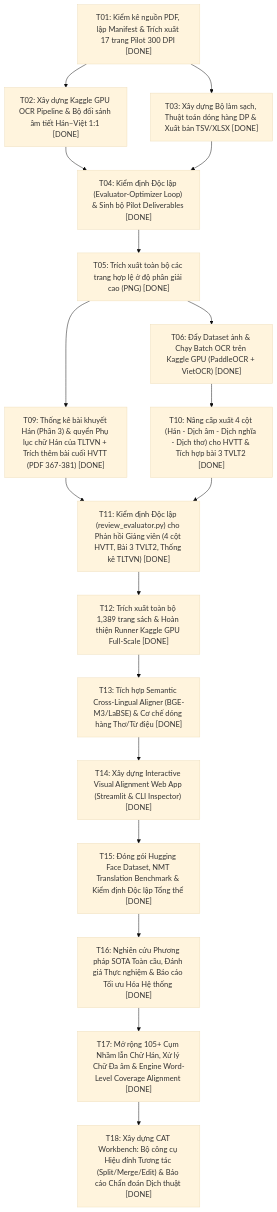
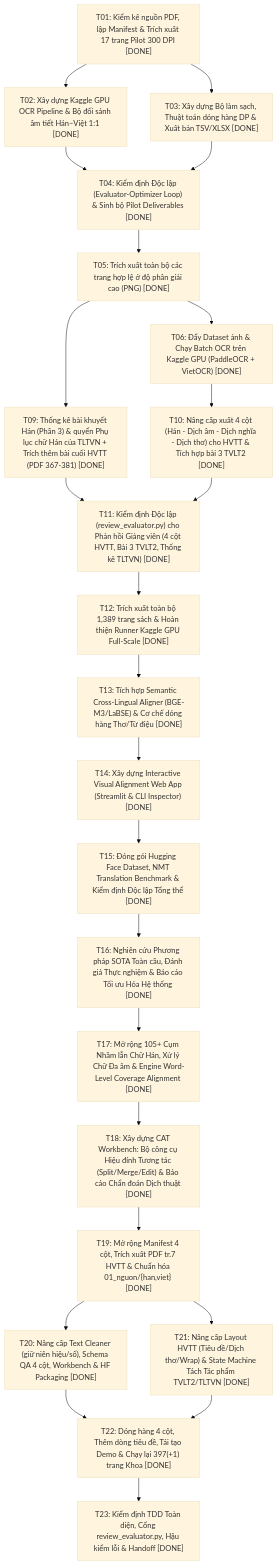
The diagram in docs/WAYFINDER.md (pckhoa206/OCR_NLP), drawn with Mermaid (base theme) before and after one commit. The commit also changed other lines of this file and 955 other files, not shown here.

````diff
--- a/docs/WAYFINDER.md
+++ b/docs/WAYFINDER.md
@@ -8,36 +8,47 @@
 ```mermaid
 flowchart TD
     T01["T01: Kiểm kê nguồn PDF, lập Manifest & Trích xuất 17 trang Pilot 300 DPI [DONE]"]
     T02["T02: Xây dựng Kaggle GPU OCR Pipeline & Bộ đối sánh âm tiết Hán–Việt 1:1 [DONE]"]
     T03["T03: Xây dựng Bộ làm sạch, Thuật toán dóng hàng DP & Xuất bản TSV/XLSX [DONE]"]
     T04["T04: Kiểm định Độc lập (Evaluator-Optimizer Loop) & Sinh bộ Pilot Deliverables [DONE]"]
     T05["T05: Trích xuất toàn bộ các trang hợp lệ ở độ phân giải cao (PNG) [DONE]"]
     T06["T06: Đẩy Dataset ảnh & Chạy Batch OCR trên Kaggle GPU (PaddleOCR + VietOCR) [DONE]"]
     T09["T09: Thống kê bài khuyết Hán (Phần 3) & quyển Phụ lục chữ Hán của TLTVN + Trích thêm bài cuối HVTT (PDF 367-381) [DONE]"]
     T10["T10: Nâng cấp xuất 4 cột (Hán - Dịch âm - Dịch nghĩa - Dịch thơ) cho HVTT & Tích hợp bài 3 TVLT2 [DONE]"]
     T11["T11: Kiểm định Độc lập (review_evaluator.py) cho Phản hồi Giảng viên (4 cột HVTT, Bài 3 TVLT2, Thống kê TLTVN) [DONE]"]
     T12["T12: Trích xuất toàn bộ 1,389 trang sách & Hoàn thiện Runner Kaggle GPU Full-Scale [DONE]"]
     T13["T13: Tích hợp Semantic Cross-Lingual Aligner (BGE-M3/LaBSE) & Cơ chế dóng hàng Thơ/Từ điệu [DONE]"]
     T14["T14: Xây dựng Interactive Visual Alignment Web App (Streamlit & CLI Inspector) [DONE]"]
     T15["T15: Đóng gói Hugging Face Dataset, NMT Translation Benchmark & Kiểm định Độc lập Tổng thể [DONE]"]
     T16["T16: Nghiên cứu Phương pháp SOTA Toàn cầu, Đánh giá Thực nghiệm & Báo cáo Tối ưu Hóa Hệ thống [DONE]"]
     T17["T17: Mở rộng 105+ Cụm Nhầm lẫn Chữ Hán, Xử lý Chữ Đa âm & Engine Word-Level Coverage Alignment [DONE]"]
     T18["T18: Xây dựng CAT Workbench: Bộ công cụ Hiệu đính Tương tác (Split/Merge/Edit) & Báo cáo Chẩn đoán Dịch thuật [DONE]"]
+    T19["T19: Mở rộng Manifest 4 cột, Trích xuất PDF tr.7 HVTT & Chuẩn hóa 01_nguon/{han,viet} [DONE]"]
+    T20["T20: Nâng cấp Text Cleaner (giữ niên hiệu/số), Schema QA 4 cột, Workbench & HF Packaging [DONE]"]
+    T21["T21: Nâng cấp Layout HVTT (Tiêu đề/Dịch thơ/Wrap) & State Machine Tách Tác phẩm TVLT2/TLTVN [DONE]"]
+    T22["T22: Dóng hàng 4 cột, Thêm dòng tiêu đề, Tái tạo Demo & Chạy lại 397(+1) trang Khoa [DONE]"]
+    T23["T23: Kiểm định TDD Toàn diện, Cổng review_evaluator.py, Hậu kiểm lỗi & Handoff [DONE]"]
     T01 --> T02
     T01 --> T03
     T02 --> T04
     T03 --> T04
     T04 --> T05
     T05 --> T06
     T05 --> T09
     T06 --> T10
     T09 --> T11
     T10 --> T11
     T11 --> T12
     T12 --> T13
     T13 --> T14
     T14 --> T15
     T15 --> T16
     T16 --> T17
     T17 --> T18
+    T18 --> T19
+    T19 --> T20
+    T19 --> T21
+    T20 --> T22
+    T21 --> T22
+    T22 --> T23
 ```
````
